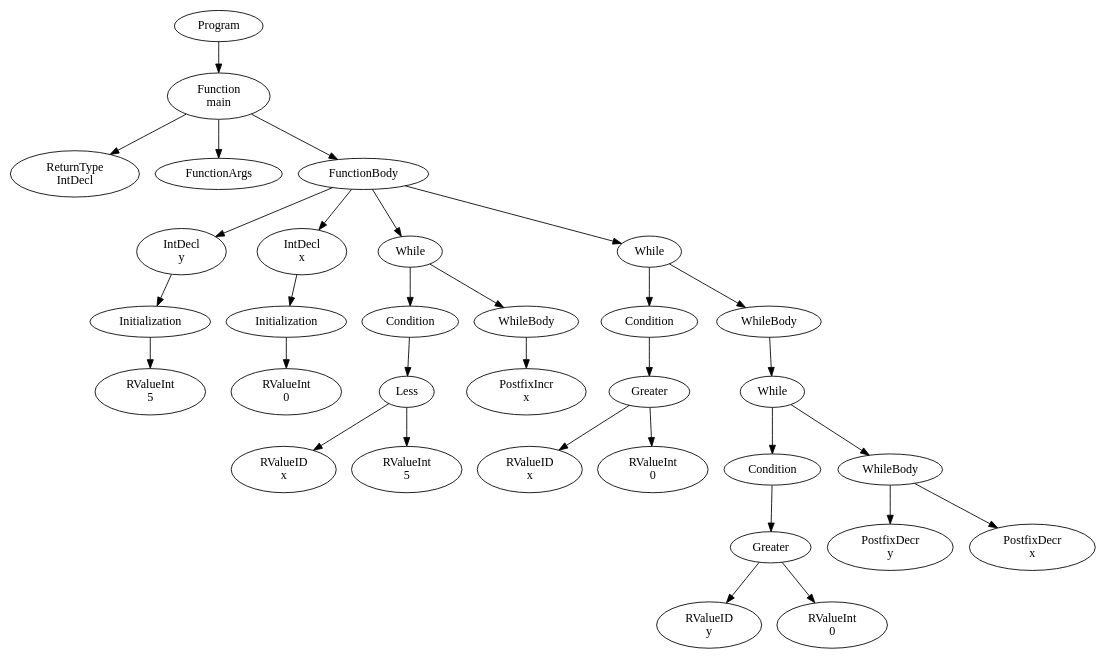
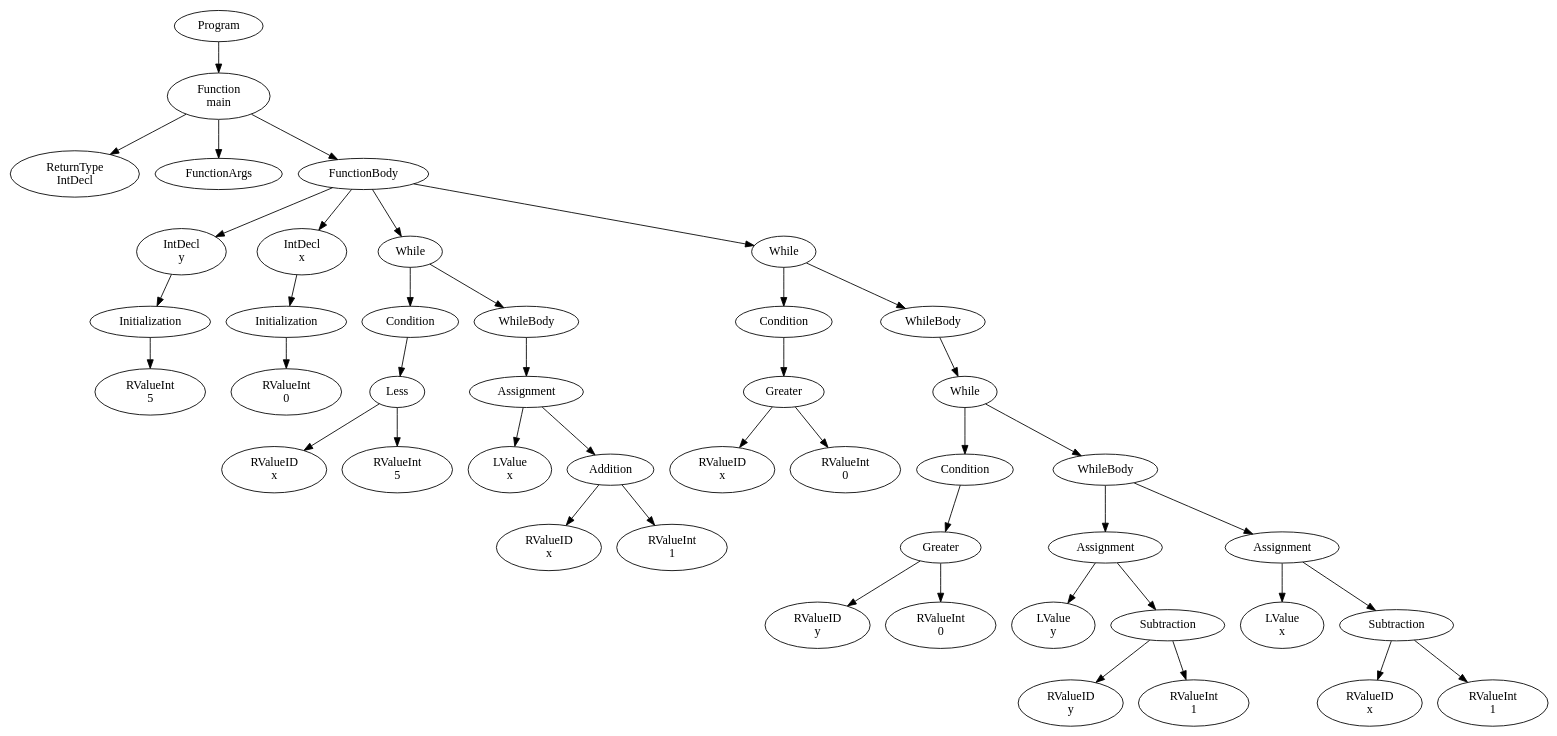
One commit to FedericoQuin/Compilers changed the diagram in official/res/solutions/while.dot. Above: the diagram before and after it, drawn with Graphviz. The commit also changed 30 other files, not shown here.

```diff
--- a/official/res/solutions/while.dot
+++ b/official/res/solutions/while.dot
@@ -1,65 +1,89 @@
 digraph AST {
 1 [label="Program"];
 2 [label="Function \nmain"];
 3 [label="ReturnType \nIntDecl"];
 4 [label="FunctionArgs"];
 5 [label="FunctionBody"];
 6 [label="IntDecl \ny"];
 7 [label="Initialization"];
 8 [label="RValueInt \n5"];
 7 -> 8;
 6 -> 7;
 9 [label="IntDecl \nx"];
 10 [label="Initialization"];
 11 [label="RValueInt \n0"];
 10 -> 11;
 9 -> 10;
 12 [label="While"];
 13 [label="Condition"];
 14 [label="Less"];
 15 [label="RValueID \nx"];
 16 [label="RValueInt \n5"];
 14 -> 15;
 14 -> 16;
 13 -> 14;
 17 [label="WhileBody"];
-18 [label="PostfixIncr \nx"];
+18 [label="Assignment"];
+19 [label="LValue \nx"];
+20 [label="Addition"];
+21 [label="RValueID \nx"];
+22 [label="RValueInt \n1"];
+20 -> 21;
+20 -> 22;
+18 -> 19;
+18 -> 20;
 17 -> 18;
 12 -> 13;
 12 -> 17;
-19 [label="While"];
-20 [label="Condition"];
-21 [label="Greater"];
-22 [label="RValueID \nx"];
-23 [label="RValueInt \n0"];
-21 -> 22;
-21 -> 23;
-20 -> 21;
-24 [label="WhileBody"];
-25 [label="While"];
-26 [label="Condition"];
-27 [label="Greater"];
-28 [label="RValueID \ny"];
-29 [label="RValueInt \n0"];
-27 -> 28;
-27 -> 29;
-26 -> 27;
-30 [label="WhileBody"];
-31 [label="PostfixDecr \ny"];
-32 [label="PostfixDecr \nx"];
+23 [label="While"];
+24 [label="Condition"];
+25 [label="Greater"];
+26 [label="RValueID \nx"];
+27 [label="RValueInt \n0"];
+25 -> 26;
+25 -> 27;
+24 -> 25;
+28 [label="WhileBody"];
+29 [label="While"];
+30 [label="Condition"];
+31 [label="Greater"];
+32 [label="RValueID \ny"];
+33 [label="RValueInt \n0"];
+31 -> 32;
+31 -> 33;
 30 -> 31;
-30 -> 32;
-25 -> 26;
-25 -> 30;
-24 -> 25;
-19 -> 20;
-19 -> 24;
+34 [label="WhileBody"];
+35 [label="Assignment"];
+36 [label="LValue \ny"];
+37 [label="Subtraction"];
+38 [label="RValueID \ny"];
+39 [label="RValueInt \n1"];
+37 -> 38;
+37 -> 39;
+35 -> 36;
+35 -> 37;
+40 [label="Assignment"];
+41 [label="LValue \nx"];
+42 [label="Subtraction"];
+43 [label="RValueID \nx"];
+44 [label="RValueInt \n1"];
+42 -> 43;
+42 -> 44;
+40 -> 41;
+40 -> 42;
+34 -> 35;
+34 -> 40;
+29 -> 30;
+29 -> 34;
+28 -> 29;
+23 -> 24;
+23 -> 28;
 5 -> 6;
 5 -> 9;
 5 -> 12;
-5 -> 19;
+5 -> 23;
 2 -> 3;
 2 -> 4;
 2 -> 5;
 1 -> 2;
 }
```
